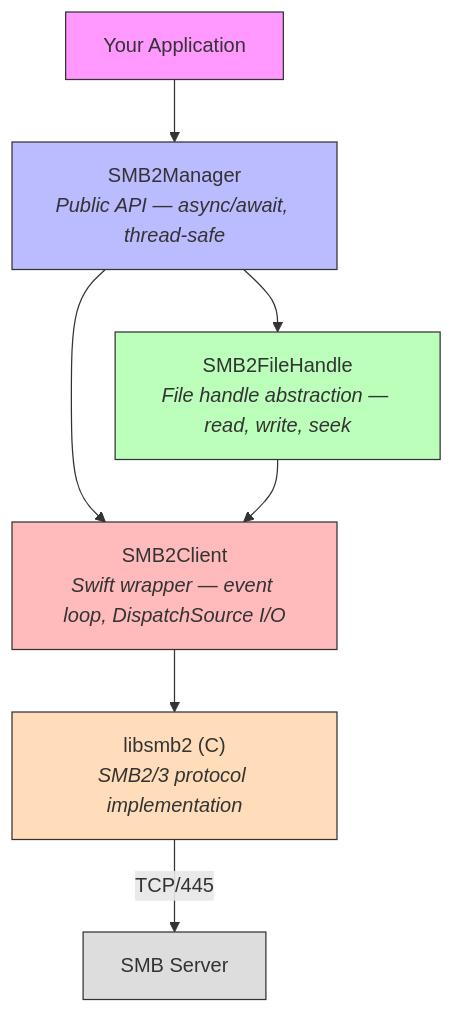
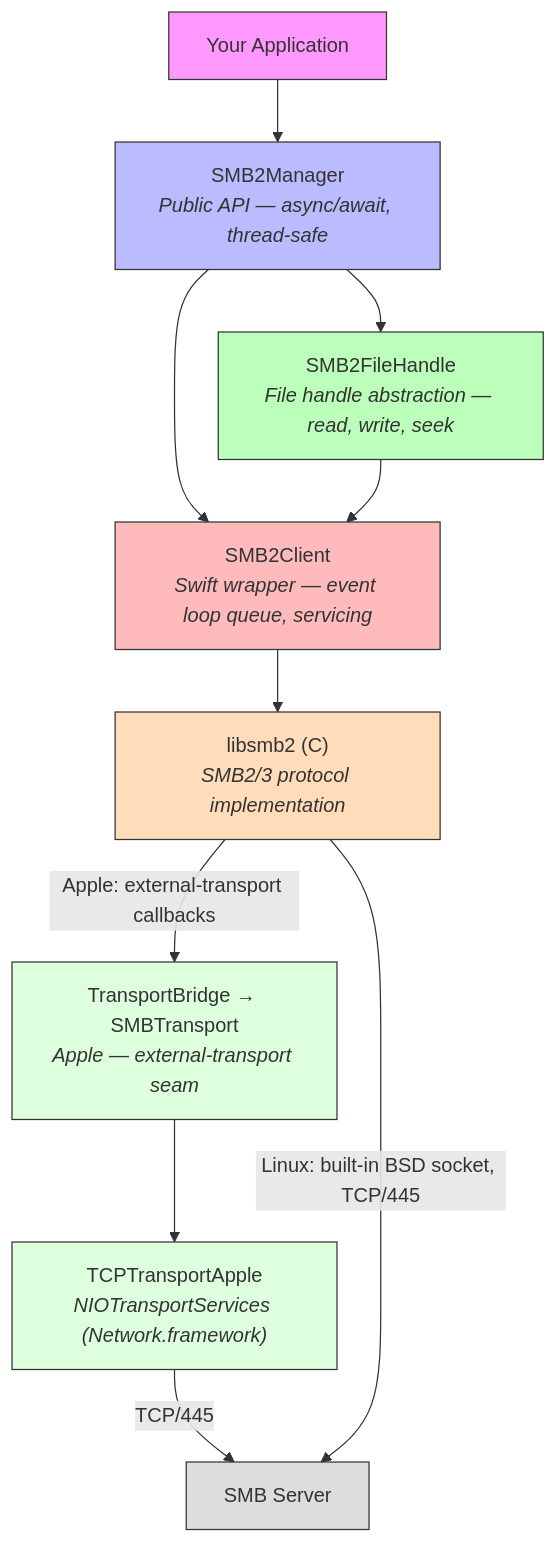
Before and after one commit to simplekube-ro/AMSMB2: the first of 7 diagrams in docs/ARCHITECTURE.md, drawn with Mermaid. The commit also changed other lines of this file and 6 other files, not shown here.

````diff
--- a/docs/ARCHITECTURE.md
+++ b/docs/ARCHITECTURE.md
@@ -9,23 +11,30 @@
 ```mermaid
 graph TB
     App["Your Application"]
     Manager["SMB2Manager<br/><i>Public API — async/await, thread-safe</i>"]
     FileHandle["SMB2FileHandle<br/><i>File handle abstraction — read, write, seek</i>"]
-    Client["SMB2Client<br/><i>Swift wrapper — event loop, DispatchSource I/O</i>"]
+    Client["SMB2Client<br/><i>Swift wrapper — event loop queue, servicing</i>"]
     LibSMB2["libsmb2 (C)<br/><i>SMB2/3 protocol implementation</i>"]
+    Bridge["TransportBridge → SMBTransport<br/><i>Apple — external-transport seam</i>"]
+    TCP["TCPTransportApple<br/><i>NIOTransportServices (Network.framework)</i>"]
     Server["SMB Server"]
 
     App --> Manager
     Manager --> FileHandle
     Manager --> Client
     FileHandle --> Client
     Client --> LibSMB2
-    LibSMB2 -->|"TCP/445"| Server
+    LibSMB2 -->|"Apple: external-transport callbacks"| Bridge
+    Bridge --> TCP
+    TCP -->|"TCP/445"| Server
+    LibSMB2 -->|"Linux: built-in BSD socket, TCP/445"| Server
 
     style App fill:#f9f,stroke:#333
     style Manager fill:#bbf,stroke:#333
     style FileHandle fill:#bfb,stroke:#333
     style Client fill:#fbb,stroke:#333
     style LibSMB2 fill:#fdb,stroke:#333
+    style Bridge fill:#dfd,stroke:#333
+    style TCP fill:#dfd,stroke:#333
     style Server fill:#ddd,stroke:#333
 ```
````
